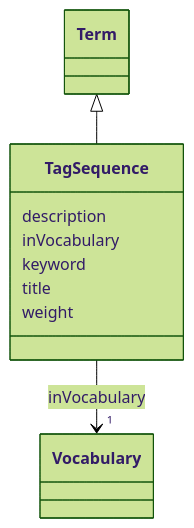
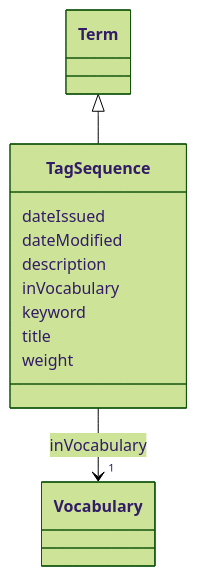
One commit to EVORA-project/evora-ontology changed the diagram in models/docs/TagSequence.md. Above: the diagram before and after it, drawn with Mermaid (forest theme). The commit also changed other lines of this file and 377 other files, not shown here.

````diff
--- a/models/docs/TagSequence.md
+++ b/models/docs/TagSequence.md
@@ -19,26 +19,30 @@
 ```mermaid
  classDiagram
     class TagSequence
     click TagSequence href "../TagSequence"
       Term <|-- TagSequence
         click Term href "../Term"
       
+      TagSequence : dateIssued
+        
+      TagSequence : dateModified
+        
       TagSequence : description
         
       TagSequence : inVocabulary
         
           
     
     
     TagSequence --> "1" Vocabulary : inVocabulary
     click Vocabulary href "../Vocabulary"
 
         
       TagSequence : keyword
         
       TagSequence : title
         
       TagSequence : weight
         
       
 ```
````
